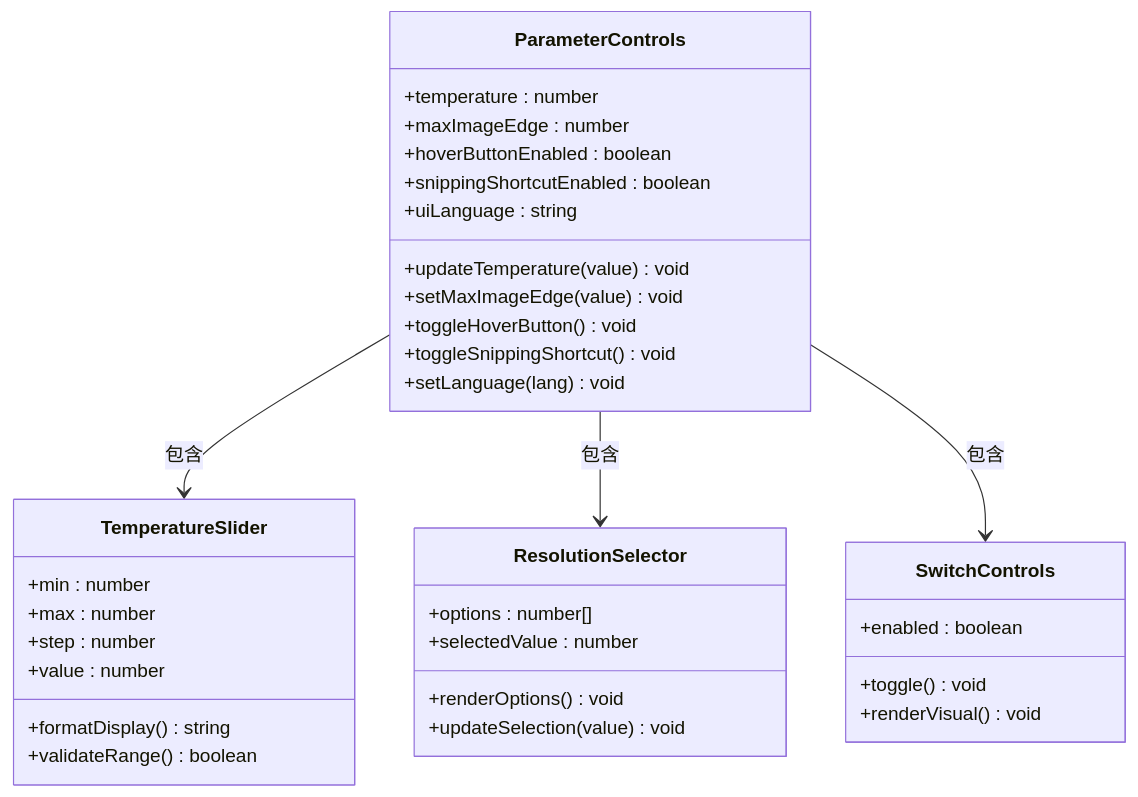
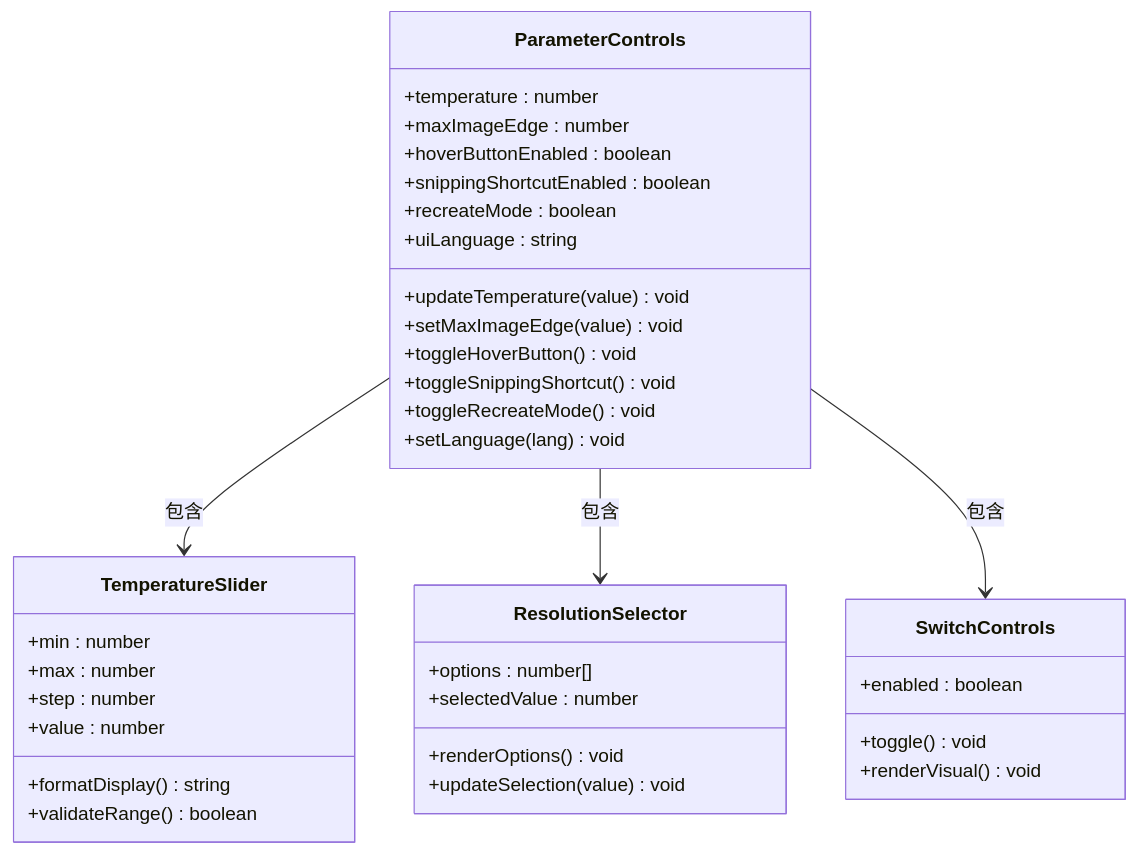
Before and after one commit to binasi/Img2Prompt: the fifth of 9 diagrams in .qoder/repowiki/zh/content/核心功能/用户界面/设置页面.md, drawn with Mermaid. The commit also changed other lines of this file and 7 other files, not shown here.

````diff
--- a/.qoder/repowiki/zh/content/核心功能/用户界面/设置页面.md
+++ b/.qoder/repowiki/zh/content/核心功能/用户界面/设置页面.md
@@ -238,37 +272,39 @@
 ```mermaid
 classDiagram
 class ParameterControls {
 +temperature : number
 +maxImageEdge : number
 +hoverButtonEnabled : boolean
 +snippingShortcutEnabled : boolean
++recreateMode : boolean
 +uiLanguage : string
 +updateTemperature(value) void
 +setMaxImageEdge(value) void
 +toggleHoverButton() void
 +toggleSnippingShortcut() void
++toggleRecreateMode() void
 +setLanguage(lang) void
 }
 class TemperatureSlider {
 +min : number
 +max : number
 +step : number
 +value : number
 +formatDisplay() string
 +validateRange() boolean
 }
 class ResolutionSelector {
 +options : number[]
 +selectedValue : number
 +renderOptions() void
 +updateSelection(value) void
 }
 class SwitchControls {
 +enabled : boolean
 +toggle() void
 +renderVisual() void
 }
 ParameterControls --> TemperatureSlider : 包含
 ParameterControls --> ResolutionSelector : 包含
 ParameterControls --> SwitchControls : 包含
 ```
````
